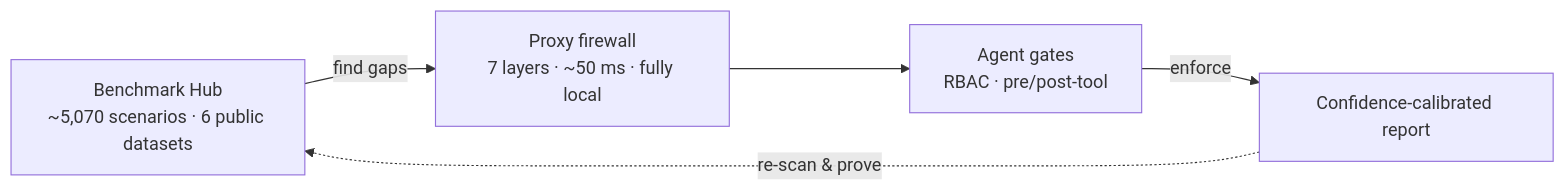
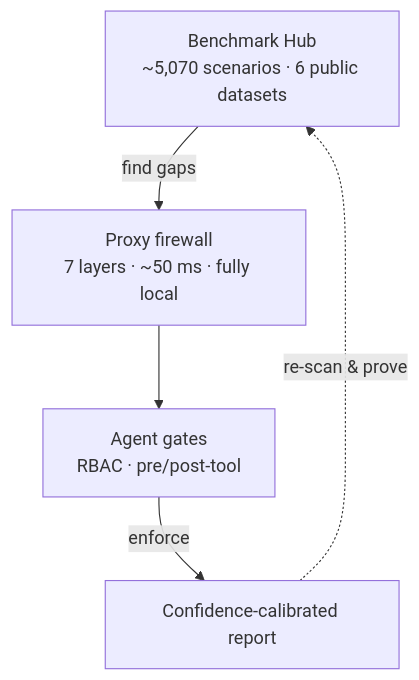
The first of 4 diagrams in README.md (Szesnasty/ai-protector), drawn with Mermaid before and after one commit. The commit also changed other lines of this file, not shown here.

First line of the commit message:
docs(readme): vertical Mermaid layout + clarify LLM grader is opt-in

````diff
--- a/README.md
+++ b/README.md
@@ -89,11 +89,11 @@
 ```mermaid
-flowchart LR
+flowchart TD
     Scan["Benchmark Hub<br/>~5,070 scenarios · 6 public datasets"]
     Proxy["Proxy firewall<br/>7 layers · ~50 ms · fully local"]
     Agent["Agent gates<br/>RBAC · pre/post-tool"]
     Report["Confidence-calibrated report"]
     Scan -->|find gaps| Proxy
     Proxy --> Agent
     Agent -->|enforce| Report
     Report -.->|re-scan & prove| Scan
 ```
````
